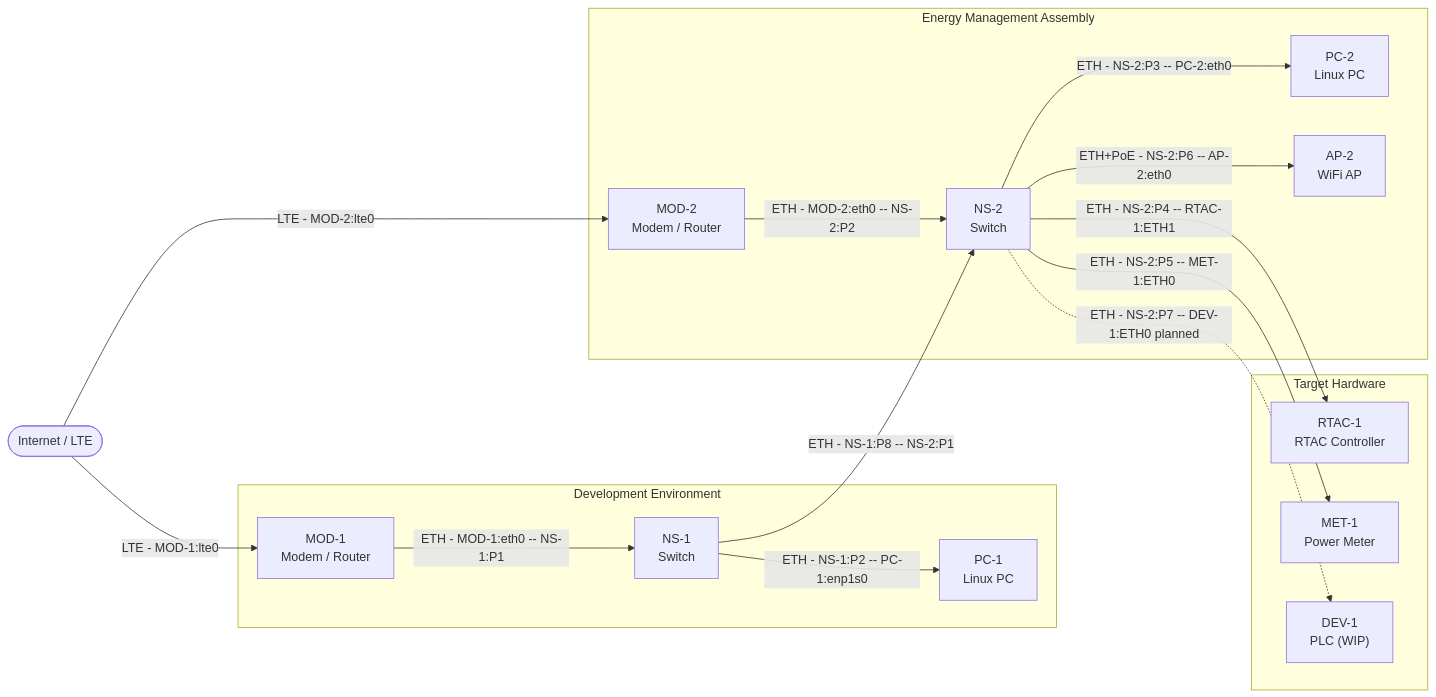
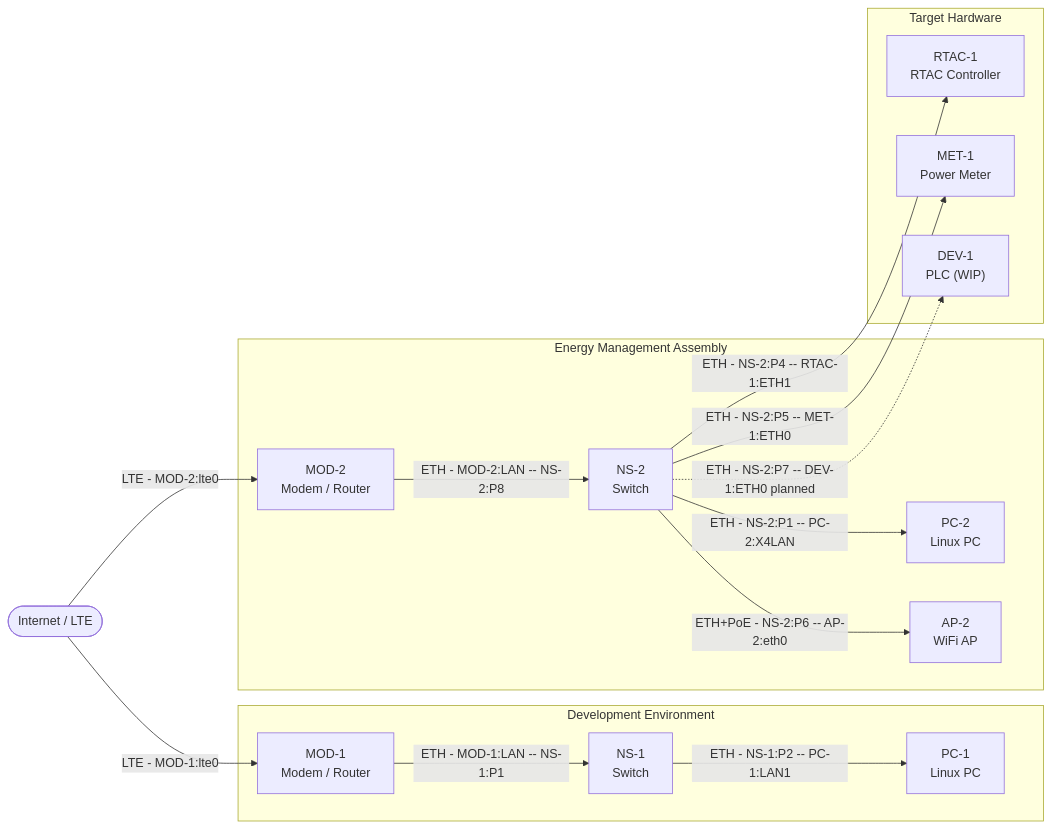
The diagram in README.md (chadmholcomb/homelab1913), drawn with Mermaid before and after one commit. The commit also changed 3 other files, not shown here.

````diff
--- a/README.md
+++ b/README.md
@@ -9,46 +9,45 @@
 ```mermaid
 graph LR
     WAN(["Internet / LTE"])
 
     subgraph DEV["Development Environment"]
         MOD1["MOD-1\nModem / Router"]
         NS1["NS-1\nSwitch"]
         PC1["PC-1\nLinux PC"]
     end
 
     subgraph EMA["Energy Management Assembly"]
         MOD2["MOD-2\nModem / Router"]
         NS2["NS-2\nSwitch"]
         PC2["PC-2\nLinux PC"]
         AP2["AP-2\nWiFi AP"]
     end
 
     subgraph TGT["Target Hardware"]
         RTAC1["RTAC-1\nRTAC Controller"]
         MET1["MET-1\nPower Meter"]
         DEV1["DEV-1\nPLC (WIP)"]
     end
 
     WAN -->|"LTE - MOD-1:lte0"| MOD1
     WAN -->|"LTE - MOD-2:lte0"| MOD2
-    MOD1 -->|"ETH - MOD-1:eth0 -- NS-1:P1"| NS1
-    NS1 -->|"ETH - NS-1:P2 -- PC-1:enp1s0"| PC1
-    NS1 -->|"ETH - NS-1:P8 -- NS-2:P1"| NS2
-    MOD2 -->|"ETH - MOD-2:eth0 -- NS-2:P2"| NS2
-    NS2 -->|"ETH - NS-2:P3 -- PC-2:eth0"| PC2
+    MOD1 -->|"ETH - MOD-1:LAN -- NS-1:P1"| NS1
+    NS1 -->|"ETH - NS-1:P2 -- PC-1:LAN1"| PC1
+    MOD2 -->|"ETH - MOD-2:LAN -- NS-2:P8"| NS2
+    NS2 -->|"ETH - NS-2:P1 -- PC-2:X4LAN"| PC2
     NS2 -->|"ETH - NS-2:P4 -- RTAC-1:ETH1"| RTAC1
     NS2 -->|"ETH - NS-2:P5 -- MET-1:ETH0"| MET1
     NS2 -->|"ETH+PoE - NS-2:P6 -- AP-2:eth0"| AP2
     NS2 -.->|"ETH - NS-2:P7 -- DEV-1:ETH0 planned"| DEV1
 
     click MOD1 "docs/devices/mod-1.md"
     click MOD2 "docs/devices/mod-2.md"
     click NS1 "docs/devices/ns-1.md"
     click NS2 "docs/devices/ns-2.md"
     click PC1 "docs/devices/pc-1.md"
     click PC2 "docs/devices/pc-2.md"
     click AP2 "docs/devices/ap-2.md"
     click RTAC1 "docs/devices/rtac-1.md"
     click MET1 "docs/devices/met-1.md"
     click DEV1 "docs/devices/dev-1.md"
 ```
````
